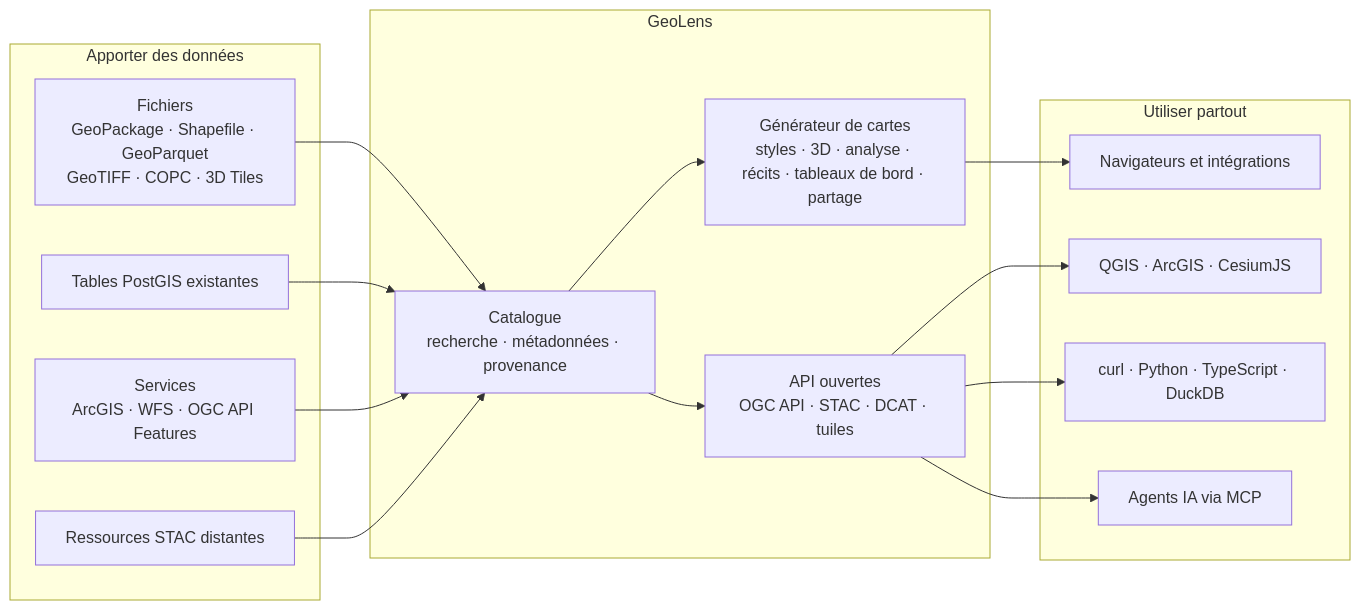
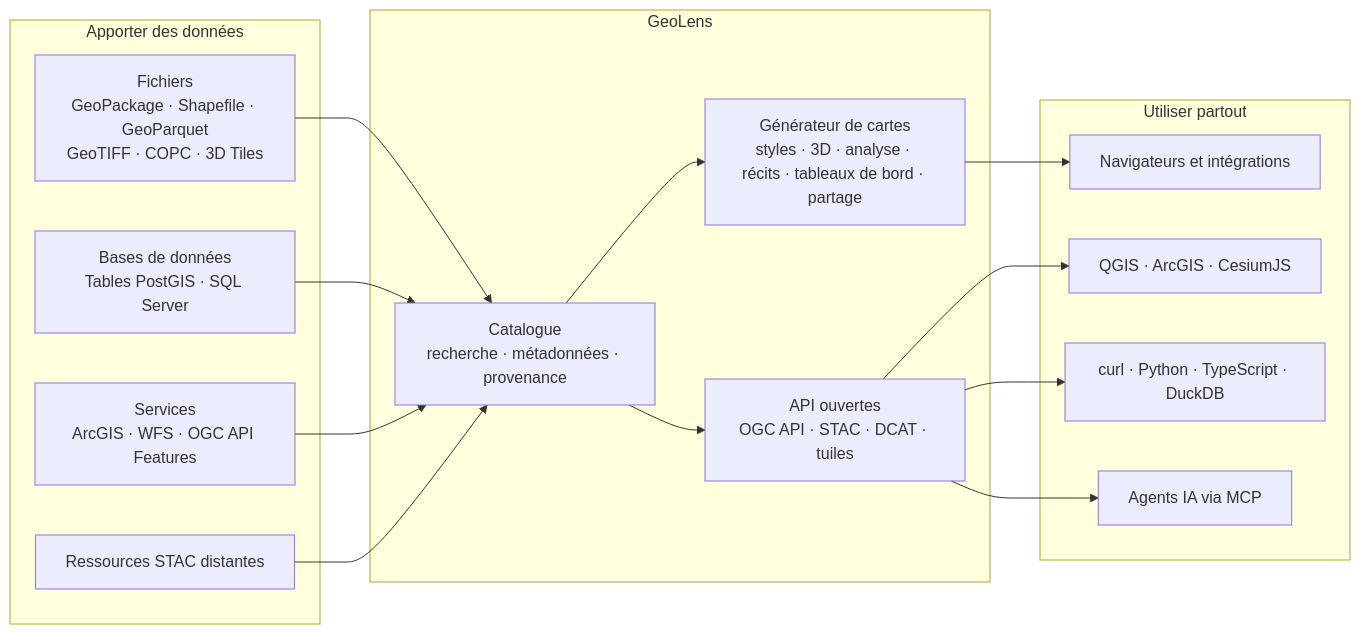
Before and after one commit to geolens-io/geolens: the diagram in README.fr.md, drawn with Mermaid. The commit also changed other lines of this file and 3 other files, not shown here.

````diff
--- a/README.fr.md
+++ b/README.fr.md
@@ -143,23 +111,23 @@
 ```mermaid
 flowchart LR
     subgraph IN ["Apporter des données"]
       F["Fichiers<br/>GeoPackage · Shapefile · GeoParquet<br/>GeoTIFF · COPC · 3D Tiles"]
-      DB["Tables PostGIS existantes"]
+      DB["Bases de données<br/>Tables PostGIS · SQL Server"]
       SVC["Services<br/>ArcGIS · WFS · OGC API Features"]
       ST["Ressources STAC distantes"]
     end
     subgraph GL ["GeoLens"]
       CAT["Catalogue<br/>recherche · métadonnées · provenance"]
       MB["Générateur de cartes<br/>styles · 3D · analyse · récits · tableaux de bord · partage"]
       STD["API ouvertes<br/>OGC API · STAC · DCAT · tuiles"]
     end
     subgraph OUT ["Utiliser partout"]
       WEB["Navigateurs et intégrations"]
       GIS["QGIS · ArcGIS · CesiumJS"]
       CODE["curl · Python · TypeScript · DuckDB"]
       AG["Agents IA via MCP"]
     end
     F & DB & SVC & ST --> CAT
     CAT --> MB --> WEB
     CAT --> STD --> GIS & CODE & AG
 ```
````
